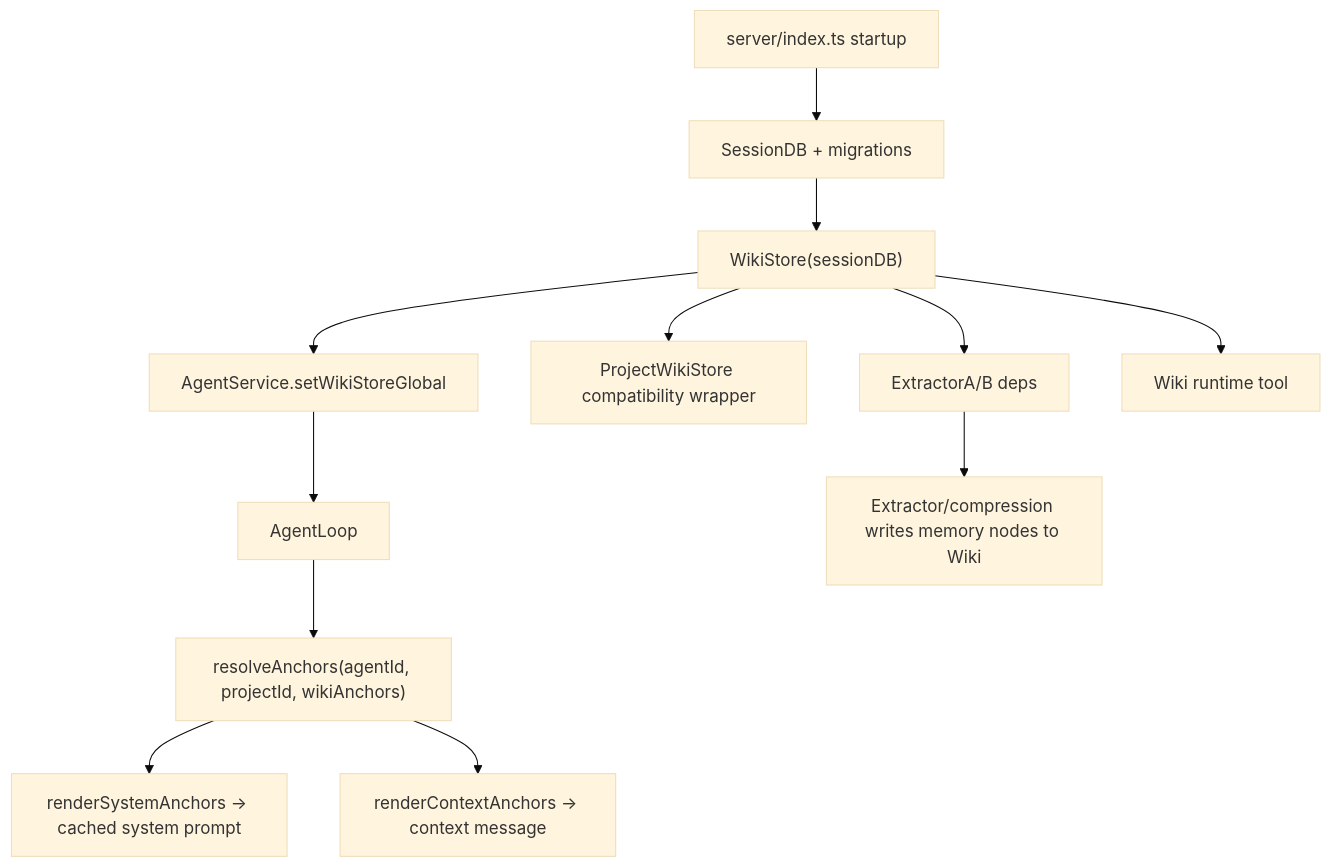
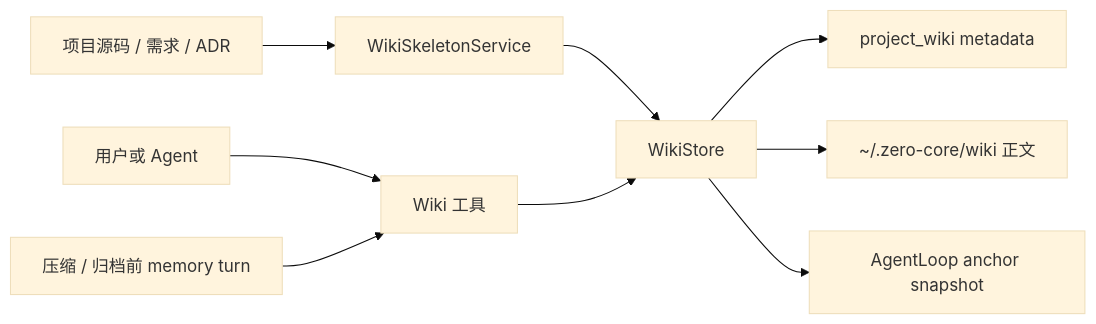
One commit to LanicBlue/zero-core changed the first of 2 diagrams in docs/arch/06-knowledge-subsystems.md. Above: the diagram before and after it, drawn with Mermaid (base theme). The commit also changed other lines of this file and 54 other files, not shown here.

````diff
--- a/docs/arch/06-knowledge-subsystems.md
+++ b/docs/arch/06-knowledge-subsystems.md
@@ -16,14 +9,11 @@
 ```mermaid
-graph TB
-    Start["server/index.ts startup"] --> DB["SessionDB + migrations"]
-    DB --> WikiStore["WikiStore(sessionDB)"]
-    WikiStore --> Extractors["ExtractorA/B deps"]
-    WikiStore --> ProjectCompat["ProjectWikiStore compatibility wrapper"]
-    WikiStore --> AgentService["AgentService.setWikiStoreGlobal"]
-    AgentService --> Loop["AgentLoop"]
-    Loop --> Anchors["resolveAnchors(agentId, projectId, wikiAnchors)"]
-    Anchors --> System["renderSystemAnchors -> cached system prompt"]
-    Anchors --> Context["renderContextAnchors -> context message"]
-    WikiStore --> WikiTool["Wiki runtime tool"]
-    Extractors --> MemoryNodes["Extractor/compression writes memory nodes to Wiki"]
+flowchart LR
+    P["项目源码 / 需求 / ADR"] --> S["WikiSkeletonService"]
+    U["用户或 Agent"] --> T["Wiki 工具"]
+    M["压缩 / 归档前 memory turn"] --> T
+    S --> W["WikiStore"]
+    T --> W
+    W --> DB["project_wiki metadata"]
+    W --> FS["~/.zero-core/wiki 正文"]
+    W --> A["AgentLoop anchor snapshot"]
 ```
````
